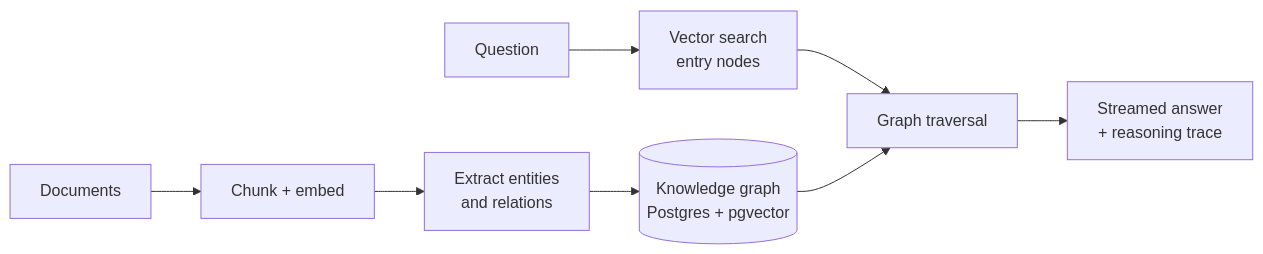
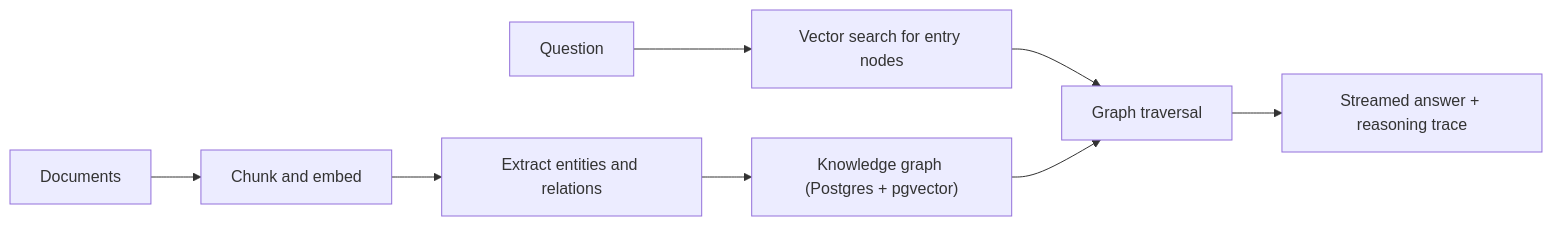
The diagram in README.md (ThoyajMithra/neograph), drawn with Mermaid before and after one commit. The commit also changed other lines of this file and 1 other file, not shown here.

Commit message:
corrected README.md

````diff
--- a/README.md
+++ b/README.md
@@ -35,10 +34,10 @@
 ```mermaid
 flowchart LR
-    A[Documents] --> B[Chunk + embed]
-    B --> C[Extract entities<br/>and relations]
-    C --> D[(Knowledge graph<br/>Postgres + pgvector)]
-    Q[Question] --> E[Vector search<br/>entry nodes]
-    E --> F[Graph traversal]
+    A["Documents"] --> B["Chunk and embed"]
+    B --> C["Extract entities and relations"]
+    C --> D["Knowledge graph (Postgres + pgvector)"]
+    Q["Question"] --> E["Vector search for entry nodes"]
+    E --> F["Graph traversal"]
     D --> F
-    F --> G[Streamed answer<br/>+ reasoning trace]
+    F --> G["Streamed answer + reasoning trace"]
 ```
````
